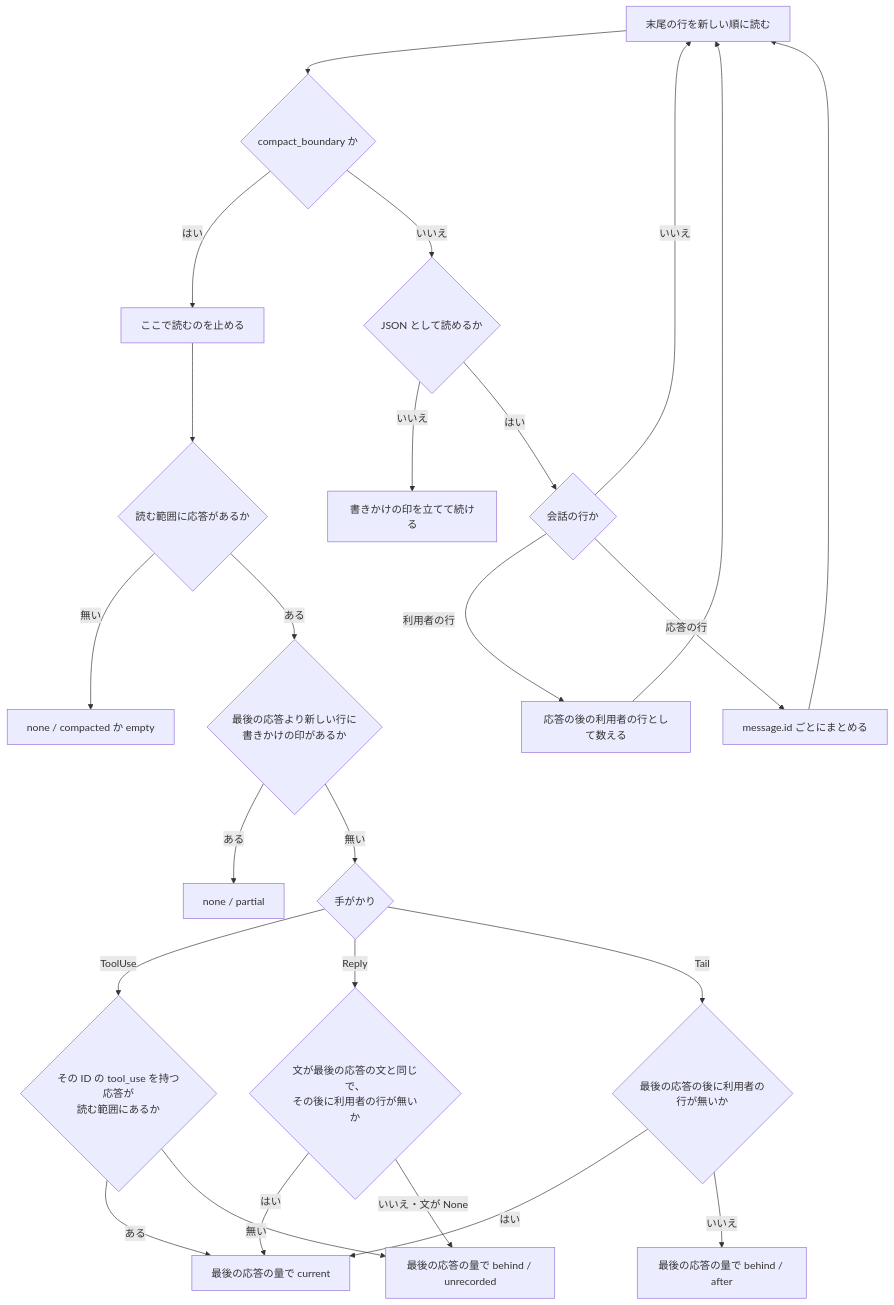
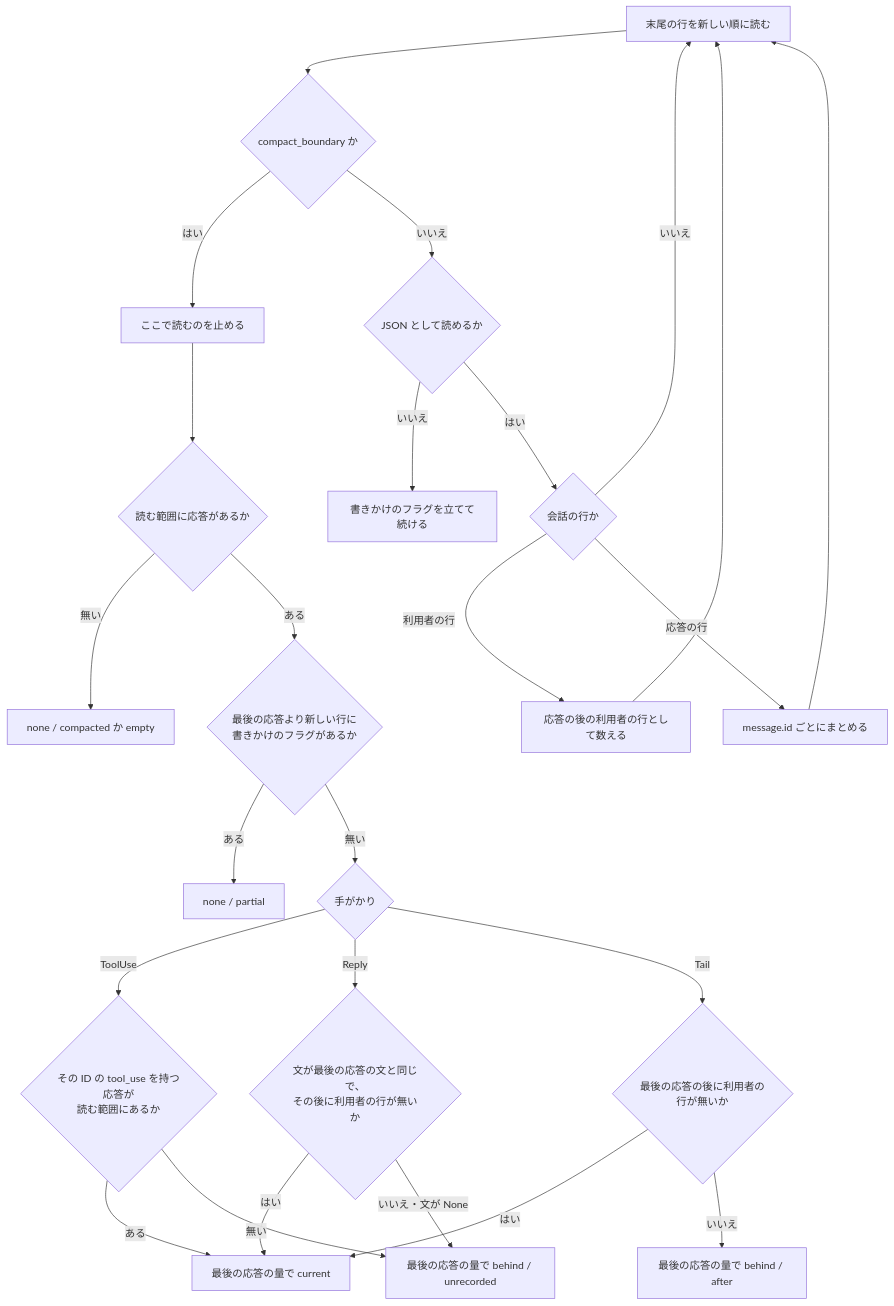
One commit to devbasex/ai-plugins changed the third of 3 diagrams in issues/issue-4089-design.md. Above: the diagram before and after it, drawn with Mermaid. The commit also changed other lines of this file and 3 other files, not shown here.

````diff
--- a/issues/issue-4089-design.md
+++ b/issues/issue-4089-design.md
@@ -104,25 +104,25 @@
 ```mermaid
 flowchart TD
   A[末尾の行を新しい順に読む] --> B{compact_boundary か}
   B -- はい --> STOP[ここで読むのを止める]
   B -- いいえ --> J{JSON として読めるか}
-  J -- いいえ --> P[書きかけの印を立てて続ける]
+  J -- いいえ --> P[書きかけのフラグを立てて続ける]
   J -- はい --> C{会話の行か}
   C -- いいえ --> A
   C -- 利用者の行 --> U[応答の後の利用者の行として数える] --> A
   C -- 応答の行 --> D[message.id ごとにまとめる] --> A
   STOP --> E{読む範囲に応答があるか}
   E -- 無い --> N[none / compacted か empty]
-  E -- ある --> PP{最後の応答より新しい行に<br/>書きかけの印があるか}
+  E -- ある --> PP{最後の応答より新しい行に<br/>書きかけのフラグがあるか}
   PP -- ある --> N2[none / partial]
   PP -- 無い --> H{手がかり}
   H -- ToolUse --> F{その ID の tool_use を持つ応答が<br/>読む範囲にあるか}
   F -- ある --> CUR[最後の応答の量で current]
   F -- 無い --> BEH[最後の応答の量で behind / unrecorded]
   H -- Reply --> G{文が最後の応答の文と同じで、<br/>その後に利用者の行が無いか}
   G -- はい --> CUR
   G -- いいえ・文が None --> BEH
   H -- Tail --> T{最後の応答の後に利用者の行が無いか}
   T -- はい --> CUR
   T -- いいえ --> BEH2[最後の応答の量で behind / after]
 ```
````
